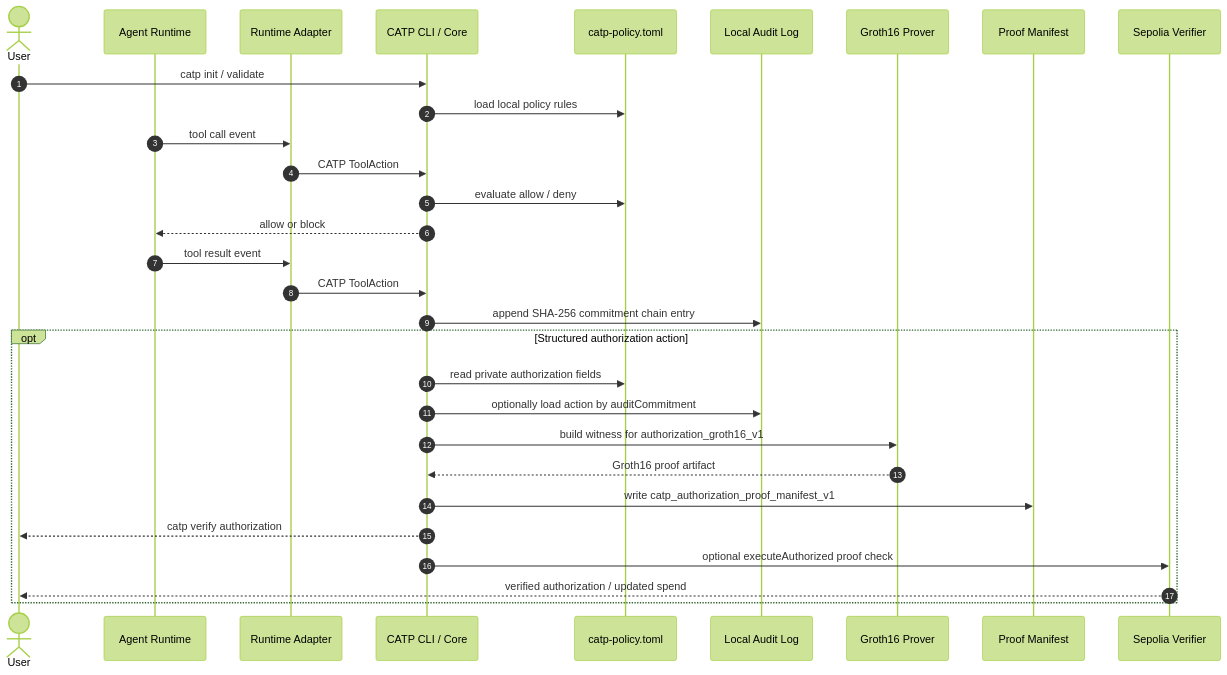
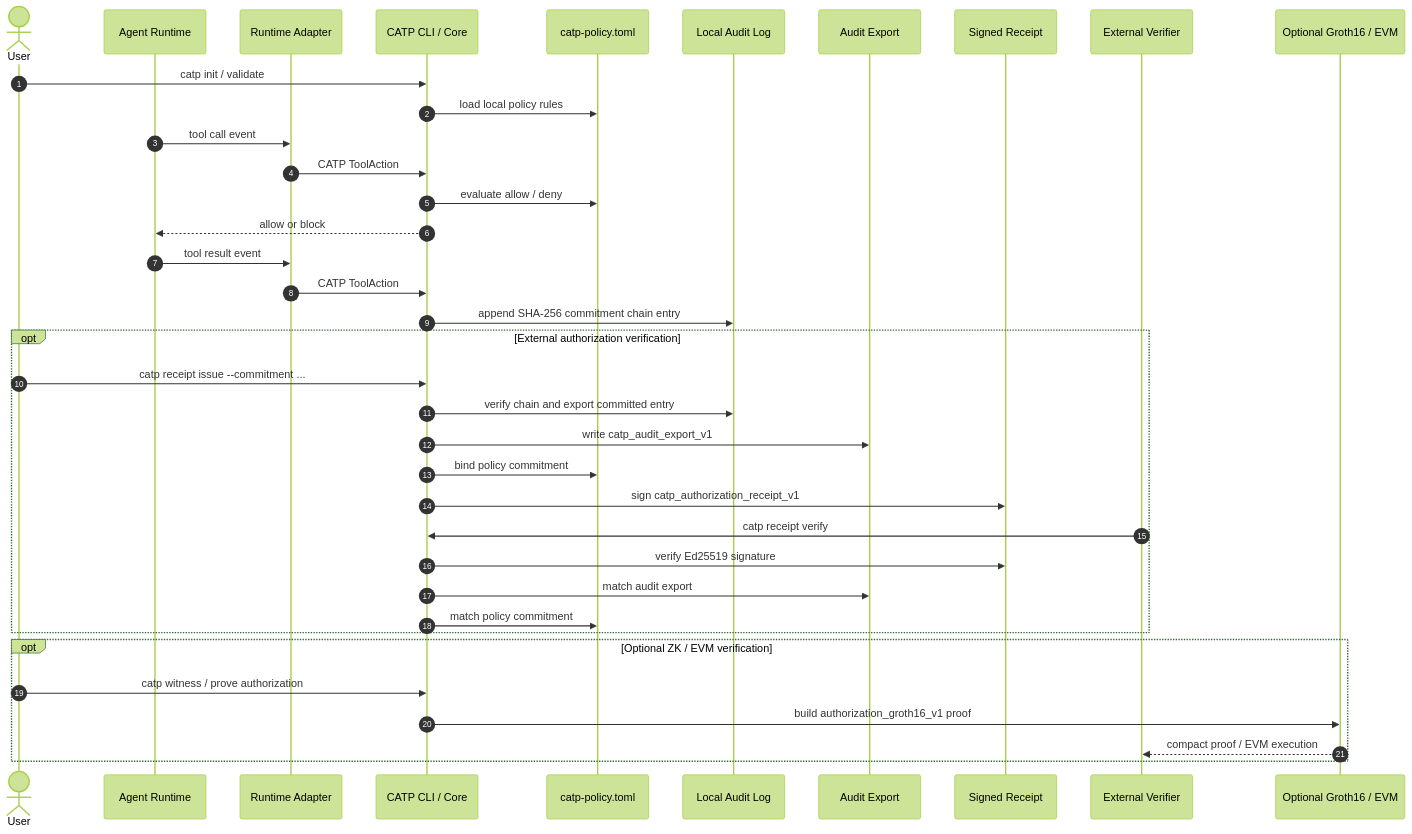
One commit to lfzkoala/catp changed the diagram in README.md. Above: the diagram before and after it, drawn with Mermaid (forest theme).

Commit message:
align readme with receipt mainline

````diff
--- a/README.md
+++ b/README.md
@@ -41,34 +41,42 @@
 ```mermaid
 sequenceDiagram
   autonumber
   actor User
   participant Agent as Agent Runtime
   participant Adapter as Runtime Adapter
   participant CATP as CATP CLI / Core
   participant Policy as catp-policy.toml
   participant Audit as Local Audit Log
-  participant Prover as Groth16 Prover
-  participant Manifest as Proof Manifest
-  participant EVM as Sepolia Verifier
+  participant Export as Audit Export
+  participant Receipt as Signed Receipt
+  participant Verifier as External Verifier
+  participant ZK as Optional Groth16 / EVM
 
   User->>CATP: catp init / validate
   CATP->>Policy: load local policy rules
   Agent->>Adapter: tool call event
   Adapter->>CATP: CATP ToolAction
   CATP->>Policy: evaluate allow / deny
   CATP-->>Agent: allow or block
   Agent->>Adapter: tool result event
   Adapter->>CATP: CATP ToolAction
   CATP->>Audit: append SHA-256 commitment chain entry
 
-  opt Structured authorization action
-    CATP->>Policy: read private authorization fields
-    CATP->>Audit: optionally load action by auditCommitment
-    CATP->>Prover: build witness for authorization_groth16_v1
-    Prover-->>CATP: Groth16 proof artifact
-    CATP->>Manifest: write catp_authorization_proof_manifest_v1
-    CATP-->>User: catp verify authorization
-    CATP->>EVM: optional executeAuthorized proof check
-    EVM-->>User: verified authorization / updated spend
+  opt External authorization verification
+    User->>CATP: catp receipt issue --commitment ...
+    CATP->>Audit: verify chain and export committed entry
+    CATP->>Export: write catp_audit_export_v1
+    CATP->>Policy: bind policy commitment
+    CATP->>Receipt: sign catp_authorization_receipt_v1
+    Verifier->>CATP: catp receipt verify
+    CATP->>Receipt: verify Ed25519 signature
+    CATP->>Export: match audit export
+    CATP->>Policy: match policy commitment
+  end
+
+  opt Optional ZK / EVM verification
+    User->>CATP: catp witness / prove authorization
+    CATP->>ZK: build authorization_groth16_v1 proof
+    ZK-->>Verifier: compact proof / EVM execution
   end
 ```
````
